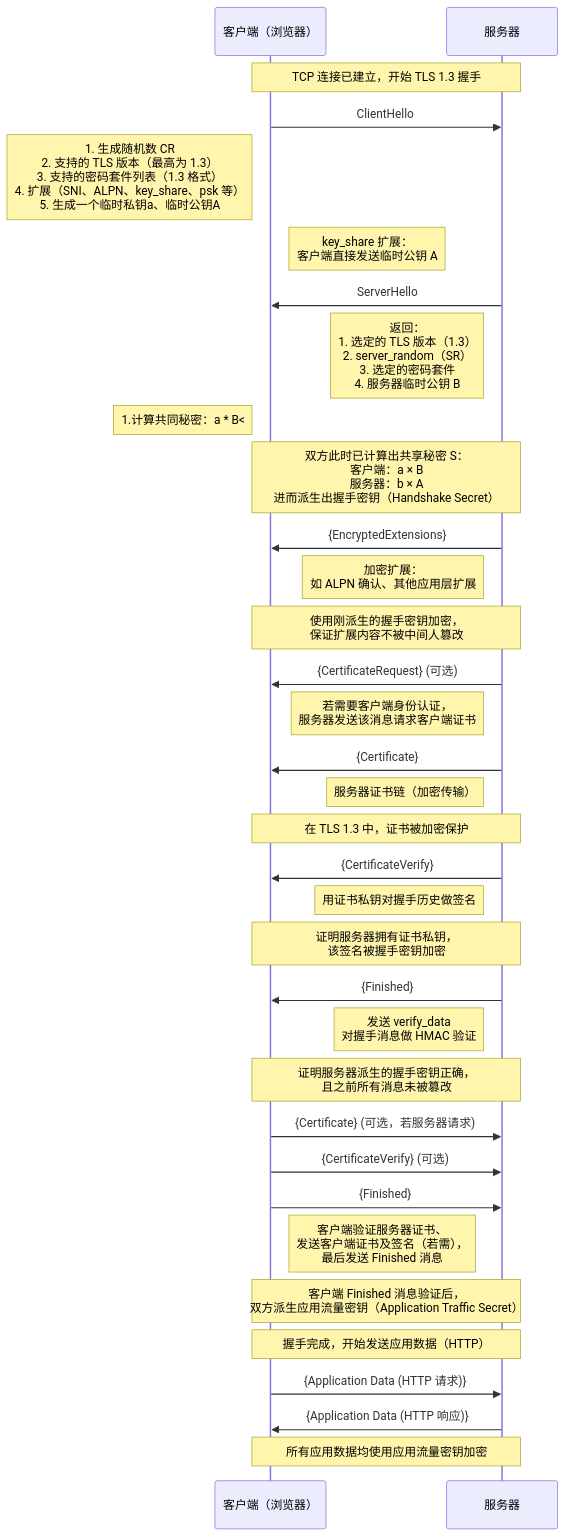
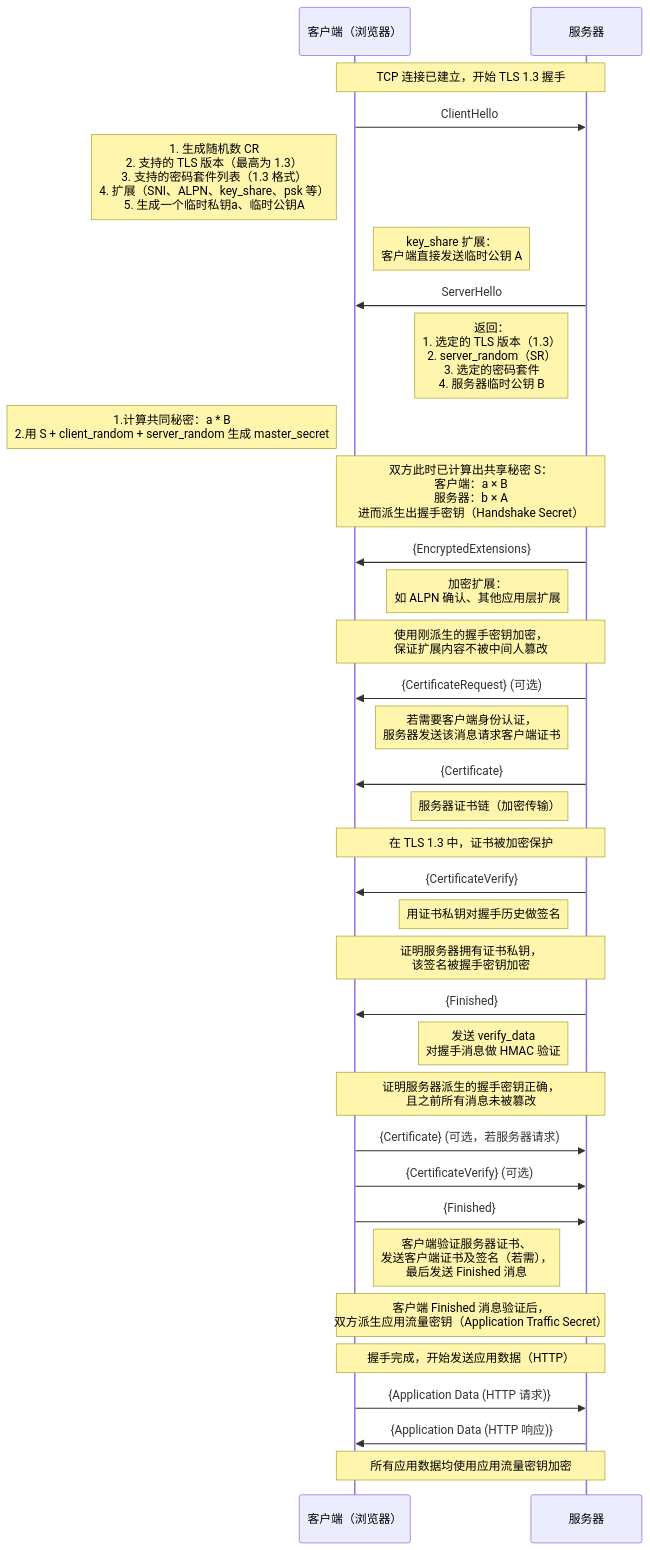
Before and after one commit to HY-10-8/iodraw-files: the diagram in all/TLS-1.3.md, drawn with Mermaid.

Commit message:
2026-03-30 17:48:49 update

````diff
--- a/all/TLS-1.3.md
+++ b/all/TLS-1.3.md
@@ -1,47 +1,47 @@
 ```mermaid
 sequenceDiagram
     participant C as 客户端（浏览器）
     participant S as 服务器
 
     Note over C,S: TCP 连接已建立，开始 TLS 1.3 握手
 
     C->>S: ClientHello
     Note left of C: 1. 生成随机数 CR<br/> 2. 支持的 TLS 版本（最高为 1.3）<br/> 3. 支持的密码套件列表（1.3 格式）<br/> 4. 扩展（SNI、ALPN、key_share、psk 等）<br/> 5. 生成一个临时私钥a、临时公钥A
     Note right of C: key_share 扩展：<br/> 客户端直接发送临时公钥 A
 
     S->>C: ServerHello
     Note left of S: 返回：<br/> 1. 选定的 TLS 版本（1.3）<br/> 2. server_random（SR）<br/> 3. 选定的密码套件<br/> 4. 服务器临时公钥 B
-    Note left of C: 1.计算共同秘密：a * B<
+    Note left of C: 1.计算共同秘密：a * B<br/> 2.用 S + client_random + server_random 生成 master_secret
     Note over C,S: 双方此时已计算出共享秘密 S：<br/> 客户端：a × B<br/> 服务器：b × A<br/> 进而派生出握手密钥（Handshake Secret）
 
     S->>C: {EncryptedExtensions}
     Note left of S: 加密扩展：<br/> 如 ALPN 确认、其他应用层扩展
     Note over C,S: 使用刚派生的握手密钥加密，<br/> 保证扩展内容不被中间人篡改
 
     S->>C: {CertificateRequest} (可选)
     Note left of S: 若需要客户端身份认证，<br/> 服务器发送该消息请求客户端证书
 
     S->>C: {Certificate}
     Note left of S: 服务器证书链（加密传输）
     Note over C,S: 在 TLS 1.3 中，证书被加密保护
 
     S->>C: {CertificateVerify}
     Note left of S: 用证书私钥对握手历史做签名
     Note over C,S: 证明服务器拥有证书私钥，<br/> 该签名被握手密钥加密
 
     S->>C: {Finished}
     Note left of S: 发送 verify_data<br/> 对握手消息做 HMAC 验证
     Note over C,S: 证明服务器派生的握手密钥正确，<br/> 且之前所有消息未被篡改
 
     C->>S: {Certificate} (可选，若服务器请求)
     C->>S: {CertificateVerify} (可选)
     C->>S: {Finished}
     Note right of C: 客户端验证服务器证书、<br/> 发送客户端证书及签名（若需），<br/> 最后发送 Finished 消息
     Note over C,S: 客户端 Finished 消息验证后，<br/> 双方派生应用流量密钥（Application Traffic Secret）
 
     Note over C,S: 握手完成，开始发送应用数据（HTTP）
 
     C->>S: {Application Data (HTTP 请求)}
     S->>C: {Application Data (HTTP 响应)}
     Note over C,S: 所有应用数据均使用应用流量密钥加密
 ```
````
